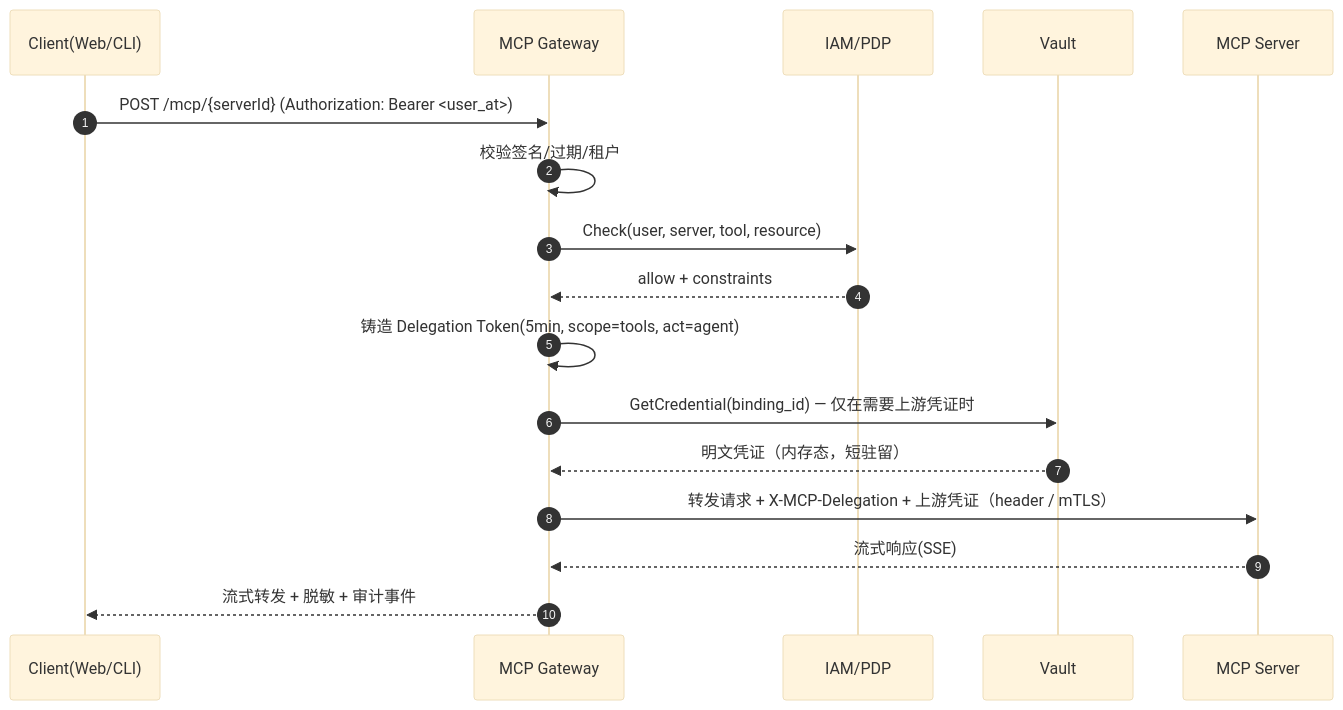
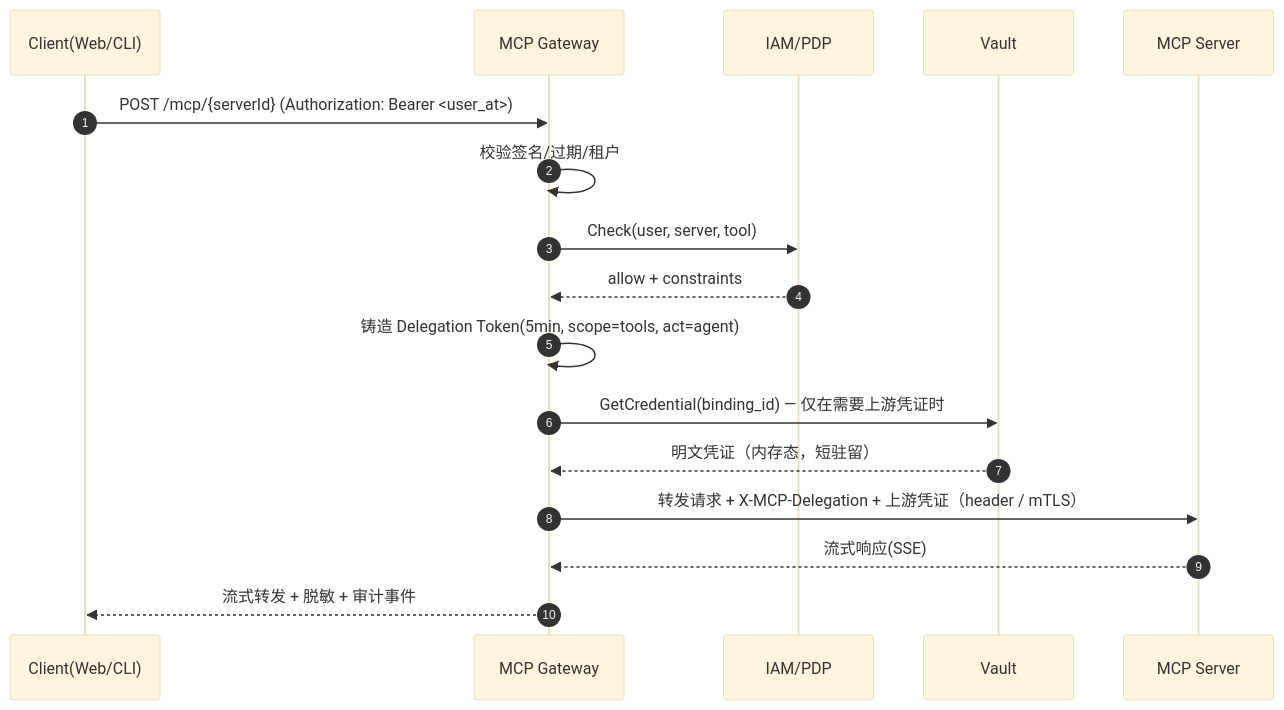
The fifth of 10 diagrams in docs/技术方案.md (wenshin/workagent), drawn with Mermaid (base theme) before and after one commit. The commit also changed other lines of this file and 52 other files, not shown here.

````diff
--- a/docs/技术方案.md
+++ b/docs/技术方案.md
@@ -407,20 +401,20 @@
 ```mermaid
 sequenceDiagram
     autonumber
     participant C as Client(Web/CLI)
     participant GW as MCP Gateway
     participant PDP as IAM/PDP
     participant V as Vault
     participant S as MCP Server
 
     C->>GW: POST /mcp/{serverId} (Authorization: Bearer <user_at>)
     GW->>GW: 校验签名/过期/租户
-    GW->>PDP: Check(user, server, tool, resource)
+    GW->>PDP: Check(user, server, tool)
     PDP-->>GW: allow + constraints
     GW->>GW: 铸造 Delegation Token(5min, scope=tools, act=agent)
     GW->>V: GetCredential(binding_id) — 仅在需要上游凭证时
     V-->>GW: 明文凭证（内存态，短驻留）
     GW->>S: 转发请求 + X-MCP-Delegation + 上游凭证（header / mTLS）
     S-->>GW: 流式响应(SSE)
     GW-->>C: 流式转发 + 脱敏 + 审计事件
 ```
````
